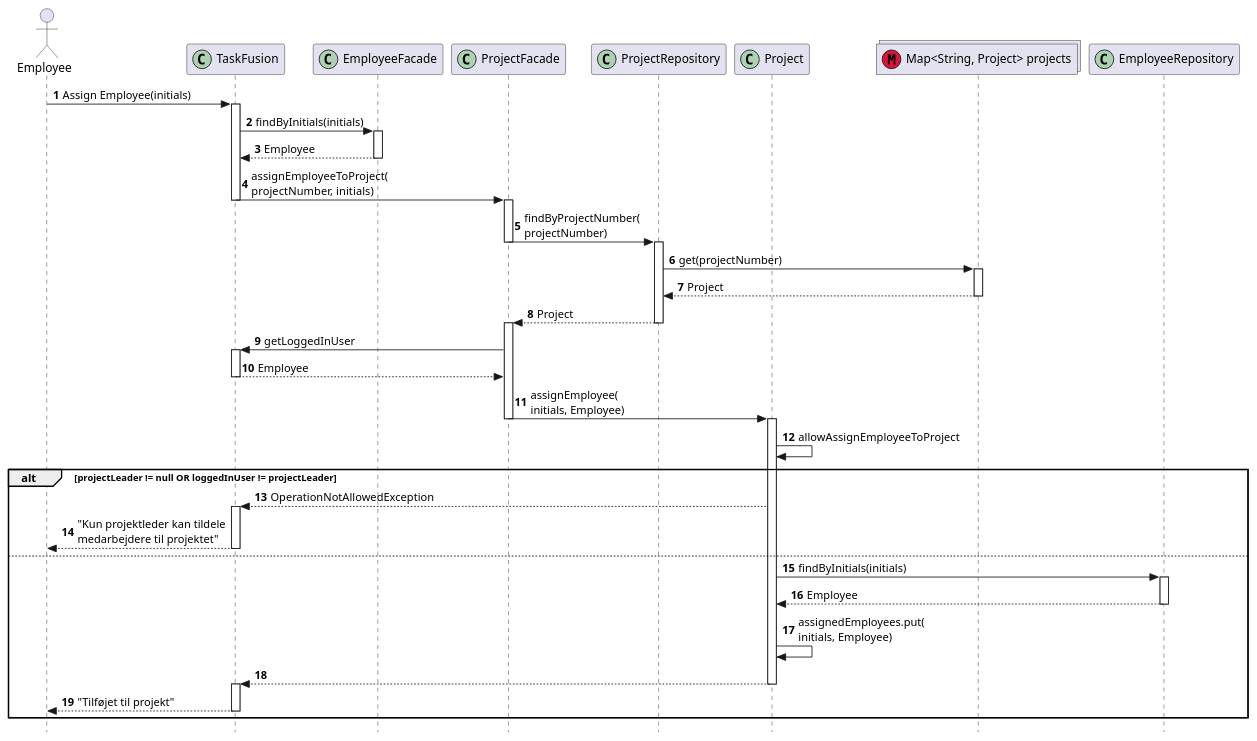
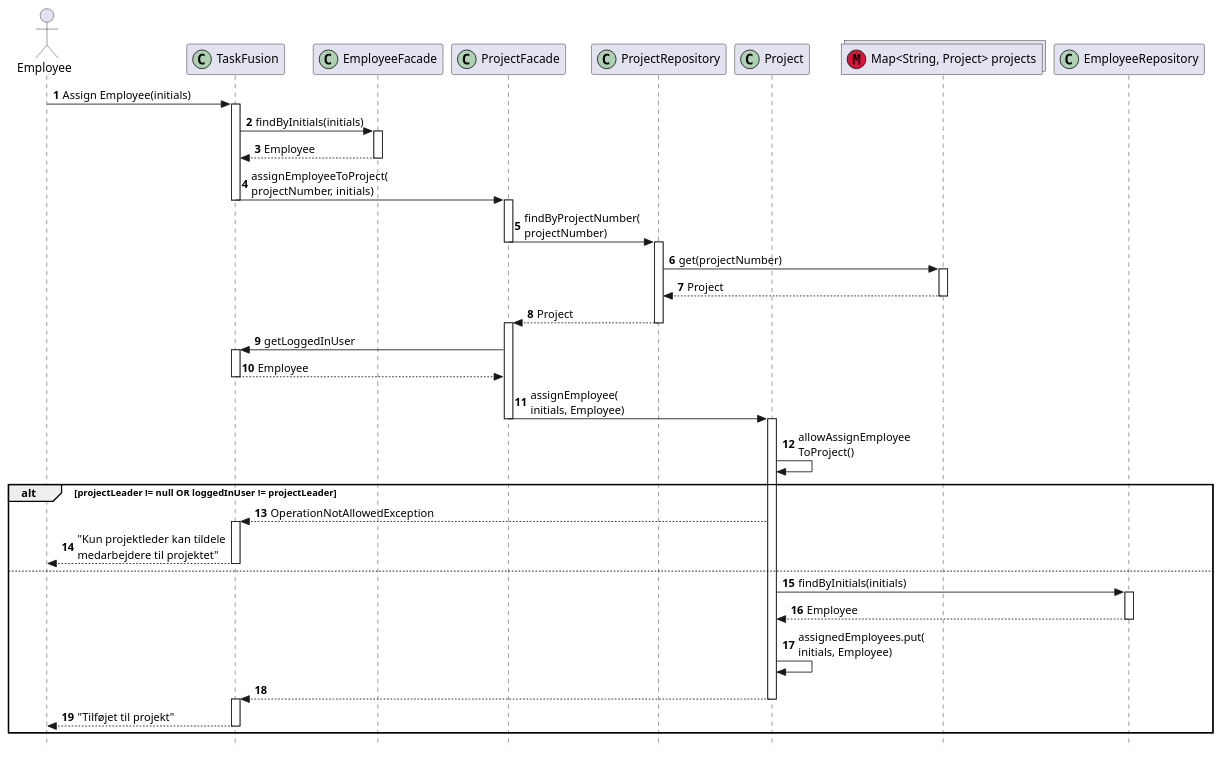
One commit to rwiuff/02161ExamProject changed the diagram in RequirementsAndDesign/SequenceDiagrams/assignEmployee.puml. Above: the diagram before and after it, drawn with PlantUML. The commit also changed 9 other files, not shown here.

```diff
--- a/RequirementsAndDesign/SequenceDiagrams/assignEmployee.puml
+++ b/RequirementsAndDesign/SequenceDiagrams/assignEmployee.puml
@@ -1,36 +1,36 @@
 @startuml seqAssignEmployee
 autonumber
 hide footbox
 skinparam style strictuml
 hide unlinked
 actor "Employee" as pl
 participant "TaskFusion" as app << (C,#ADD1B2) >>
 participant "EmployeeFacade" as empfacade << (C,#ADD1B2) >>
 participant "ProjectFacade" as projfacade << (C,#ADD1B2) >>
 participant "ProjectRepository" as projrepo << (C,#ADD1B2) >>
 participant "Project" as project << (C,#ADD1B2) >>
 collections "Map<String, Project> projects" as projects << (M,Crimson) >>
 participant "EmployeeRepository" as emprepo << (C,#ADD1B2) >>
 pl -> app++: Assign Employee(initials)
 app -> empfacade++: findByInitials(initials)
 empfacade --> app--: Employee
 app -> projfacade--++: assignEmployeeToProject(\nprojectNumber, initials)
 projfacade -> projrepo--++: findByProjectNumber(\nprojectNumber)
 projrepo -> projects++: get(projectNumber)
 projects --> projrepo--: Project
 projrepo --> projfacade--++: Project
 projfacade -> app++: getLoggedInUser
 app --> projfacade--: Employee
 projfacade -> project --++: assignEmployee(\ninitials, Employee)
-project -> project: allowAssignEmployeeToProject
+project -> project: allowAssignEmployee\nToProject()
 alt projectLeader != null OR loggedInUser != projectLeader
     project --> app++: OperationNotAllowedException
     app --> pl--: "Kun projektleder kan tildele\nmedarbejdere til projektet"
 else
     project -> emprepo++: findByInitials(initials)
     emprepo --> project--: Employee
     project -> project: assignedEmployees.put(\ninitials, Employee)
     project --> app--++
     app --> pl--: "Tilføjet til projekt"
 end
 @enduml
```
